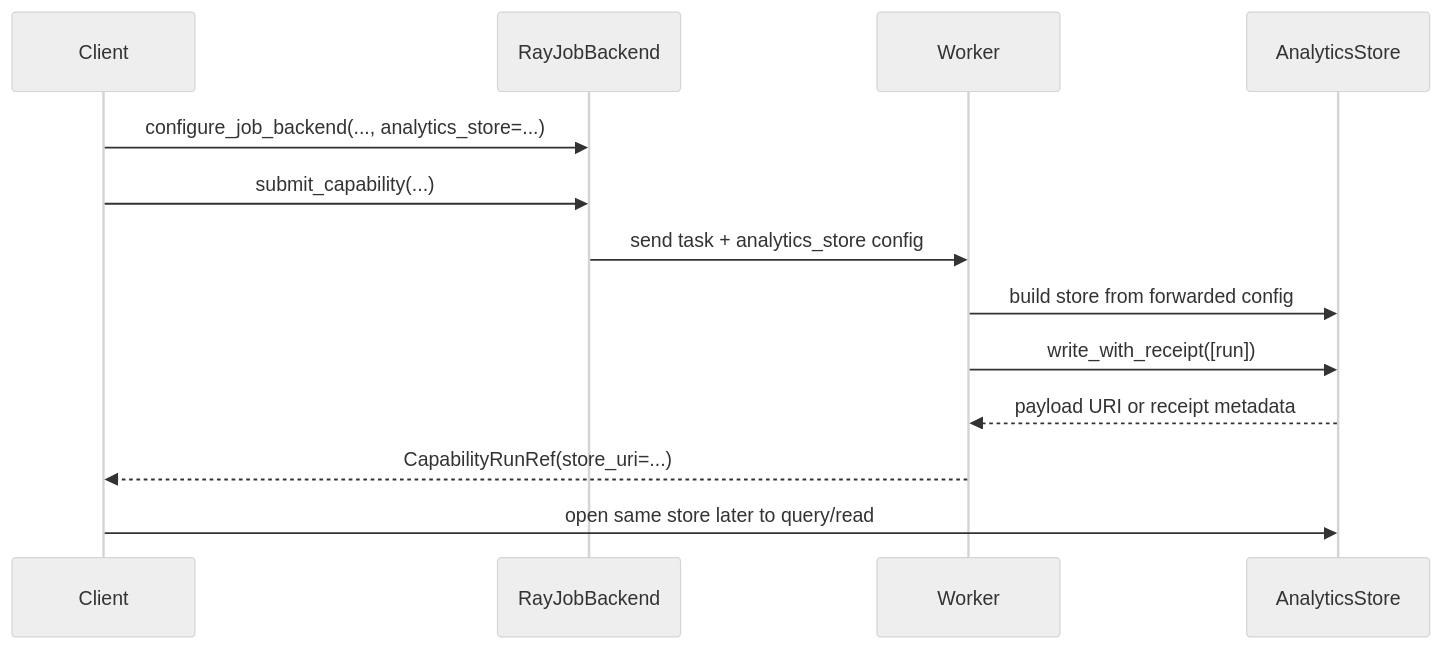
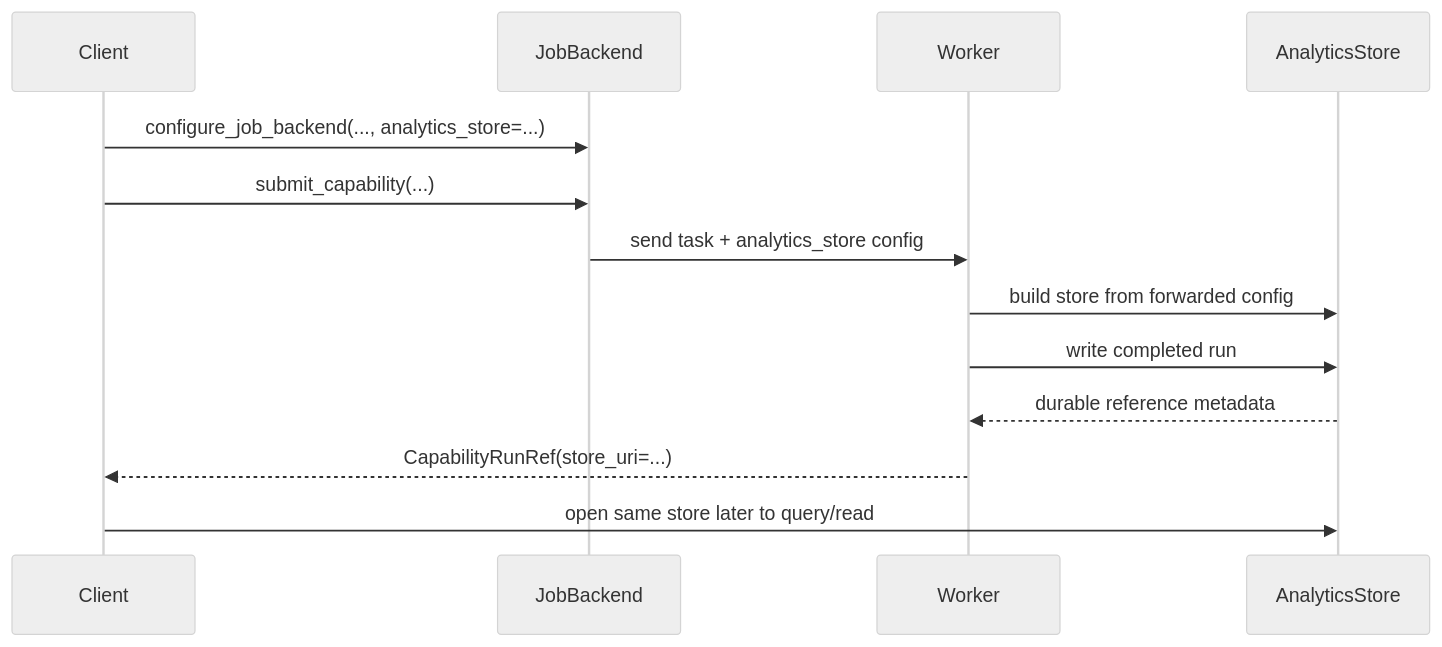
Before and after one commit to openteams-ai/checkmaite: the diagram in docs/development/job_submission/analytics_store.md, drawn with Mermaid (neutral theme). The commit also changed other lines of this file and 36 other files, not shown here.

Commit message:
Add Ray backend for job submission (!646)

````diff
--- a/docs/development/job_submission/analytics_store.md
+++ b/docs/development/job_submission/analytics_store.md
@@ -43,16 +50,16 @@
 ```mermaid
 sequenceDiagram
     participant Client
-    participant JobBackend as RayJobBackend
+    participant JobBackend as JobBackend
     participant Worker
     participant Store as AnalyticsStore
 
     Client->>JobBackend: configure_job_backend(..., analytics_store=...)
     Client->>JobBackend: submit_capability(...)
     JobBackend->>Worker: send task + analytics_store config
     Worker->>Store: build store from forwarded config
-    Worker->>Store: write_with_receipt([run])
-    Store-->>Worker: payload URI or receipt metadata
+    Worker->>Store: write completed run
+    Store-->>Worker: durable reference metadata
     Worker-->>Client: CapabilityRunRef(store_uri=...)
     Client->>Store: open same store later to query/read
 ```
````
